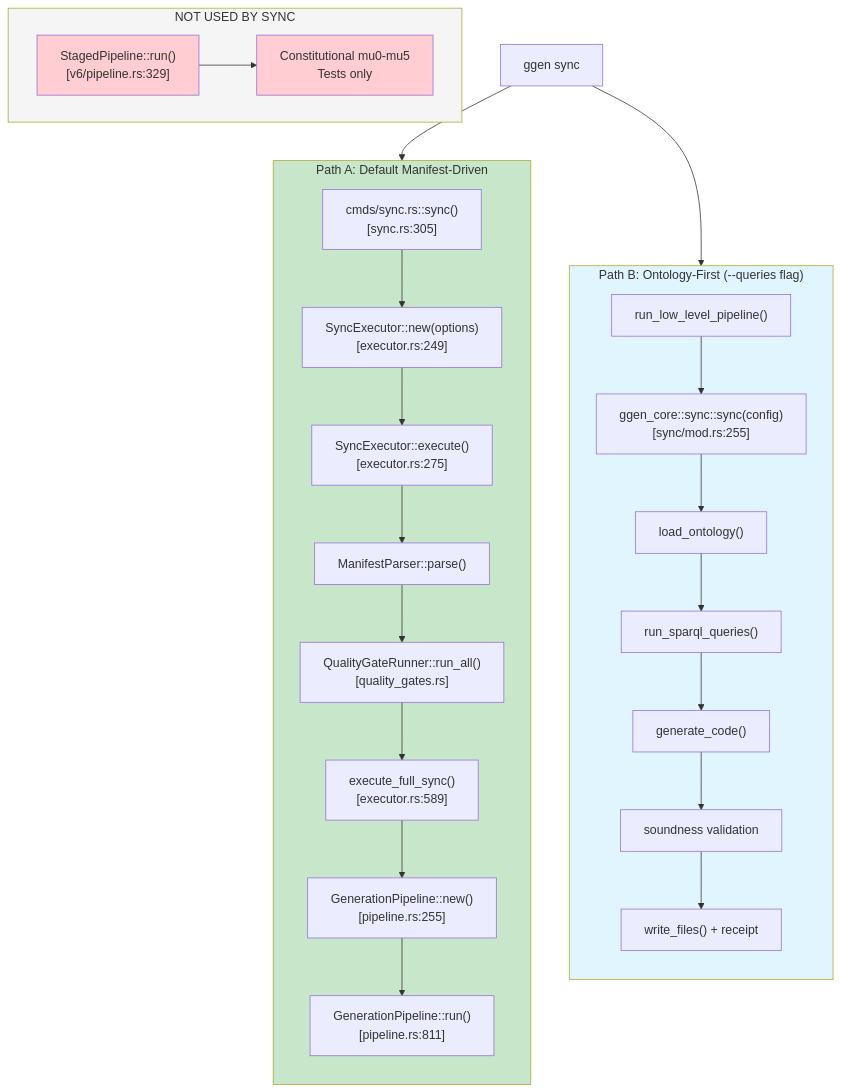
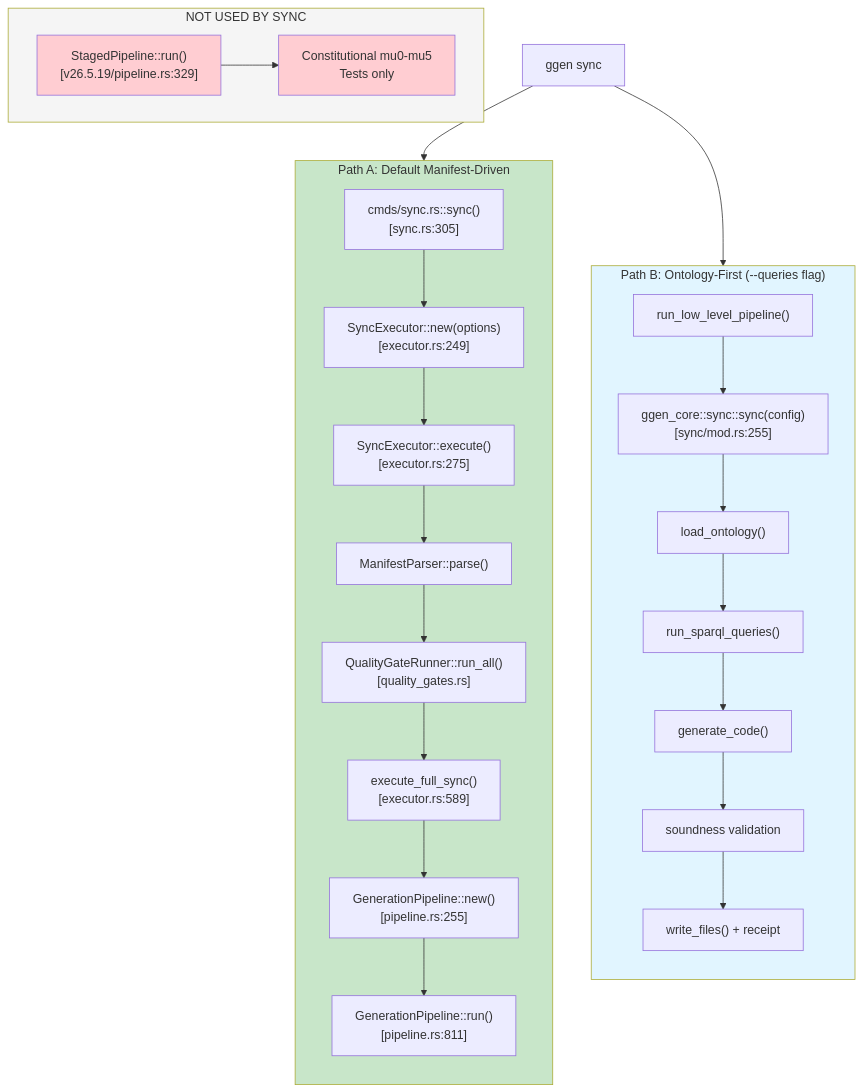
The second of 4 diagrams in docs/architecture/COMPRESSED_REFERENCE.md (seanchatmangpt/ggen), drawn with Mermaid before and after one commit. The commit also changed other lines of this file and 269 other files, not shown here.

````diff
--- a/docs/architecture/COMPRESSED_REFERENCE.md
+++ b/docs/architecture/COMPRESSED_REFERENCE.md
@@ -84,44 +84,44 @@
 ```mermaid
 flowchart TD
     SYNC["ggen sync"]
 
     subgraph PATHA["Path A: Default Manifest-Driven"]
         direction TB
         A1["cmds/sync.rs::sync()<br/>[sync.rs:305]"]
         A2["SyncExecutor::new(options)<br/>[executor.rs:249]"]
         A3["SyncExecutor::execute()<br/>[executor.rs:275]"]
         A4["ManifestParser::parse()"]
         A5["QualityGateRunner::run_all()<br/>[quality_gates.rs]"]
         A6["execute_full_sync()<br/>[executor.rs:589]"]
         A7["GenerationPipeline::new()<br/>[pipeline.rs:255]"]
         A8["GenerationPipeline::run()<br/>[pipeline.rs:811]"]
         A1 --> A2 --> A3 --> A4 --> A5 --> A6 --> A7 --> A8
     end
 
     subgraph PATHB["Path B: Ontology-First (--queries flag)"]
         direction TB
         B1["run_low_level_pipeline()"]
         B2["ggen_core::sync::sync(config)<br/>[sync/mod.rs:255]"]
         B3["load_ontology()"]
         B4["run_sparql_queries()"]
         B5["generate_code()"]
         B6["soundness validation"]
         B7["write_files() + receipt"]
         B1 --> B2 --> B3 --> B4 --> B5 --> B6 --> B7
     end
 
     subgraph STUB["NOT USED BY SYNC"]
-        S1["StagedPipeline::run()<br/>[v6/pipeline.rs:329]"]
+        S1["StagedPipeline::run()<br/>[v26.5.19/pipeline.rs:329]"]
         S2["Constitutional mu0-mu5<br/>Tests only"]
         S1 --> S2
     end
 
     SYNC --> PATHA
     SYNC --> PATHB
 
     style PATHA fill:#c8e6c9
     style PATHB fill:#e1f5ff
     style STUB fill:#f5f5f5
     style S1 fill:#ffcdd2
     style S2 fill:#ffcdd2
 ```
````
